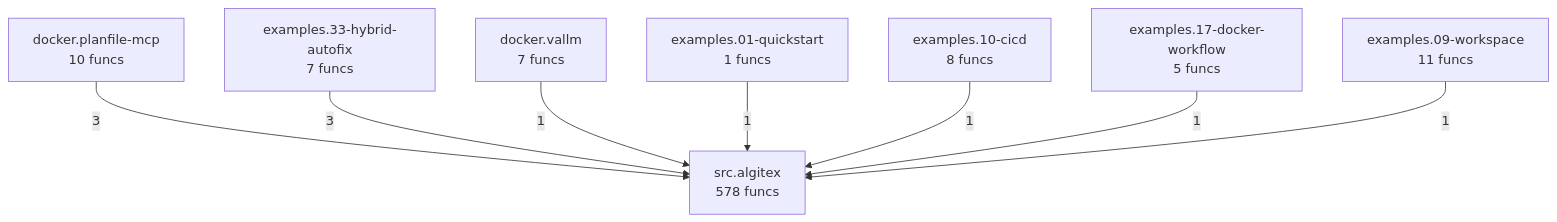
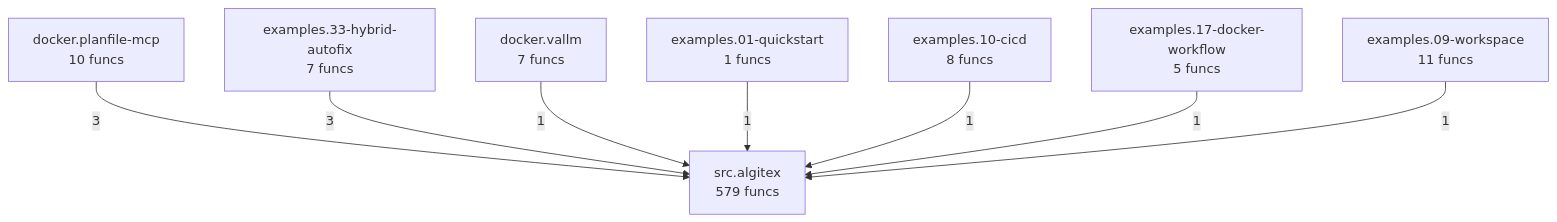
The diagram in project/compact_flow.mmd (semcod/algitex), drawn with Mermaid before and after one commit. The commit also changed 26 other files, not shown here.

```diff
--- a/project/compact_flow.mmd
+++ b/project/compact_flow.mmd
@@ -1,16 +1,16 @@
 flowchart TD
     docker__planfile_mcp["docker.planfile-mcp<br/>10 funcs"]
     docker__vallm["docker.vallm<br/>7 funcs"]
     examples__01_quickstart["examples.01-quickstart<br/>1 funcs"]
     examples__09_workspace["examples.09-workspace<br/>11 funcs"]
     examples__10_cicd["examples.10-cicd<br/>8 funcs"]
     examples__17_docker_workflow["examples.17-docker-workflow<br/>5 funcs"]
     examples__33_hybrid_autofix["examples.33-hybrid-autofix<br/>7 funcs"]
-    src__algitex["src.algitex<br/>578 funcs"]
+    src__algitex["src.algitex<br/>579 funcs"]
     docker__planfile_mcp -->|3| src__algitex
     examples__33_hybrid_autofix -->|3| src__algitex
     docker__vallm -->|1| src__algitex
     examples__01_quickstart -->|1| src__algitex
     examples__10_cicd -->|1| src__algitex
     examples__17_docker_workflow -->|1| src__algitex
     examples__09_workspace -->|1| src__algitex
```
